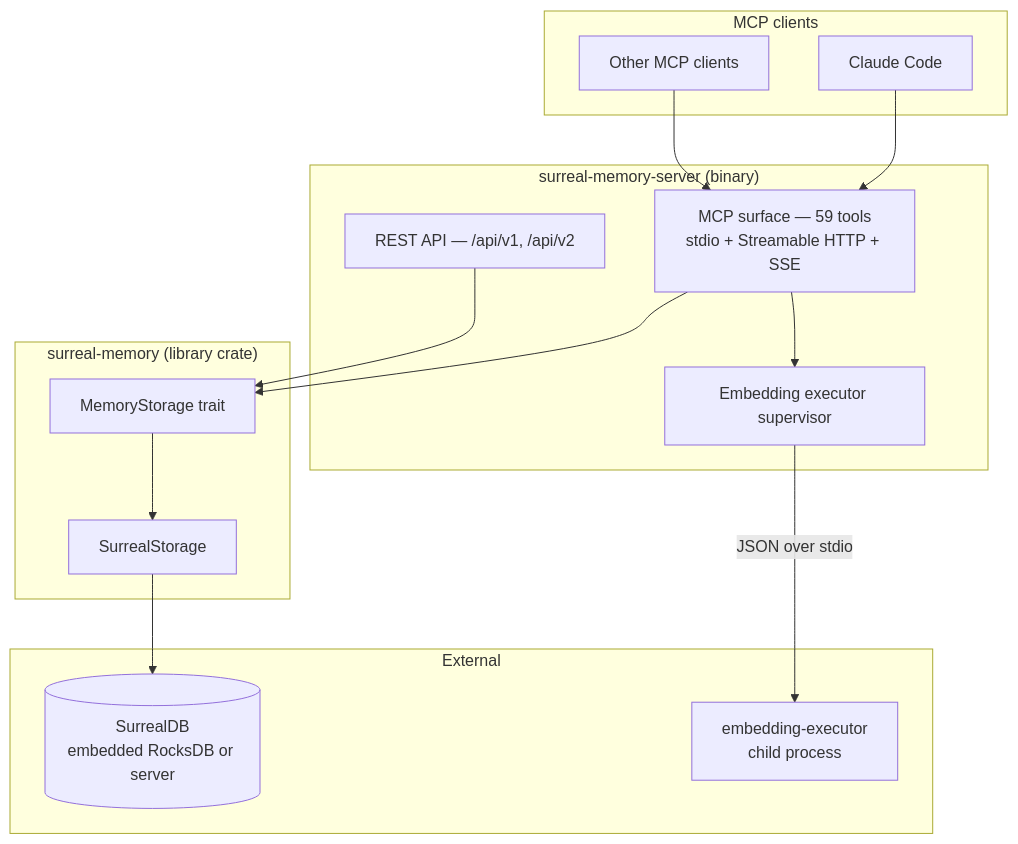
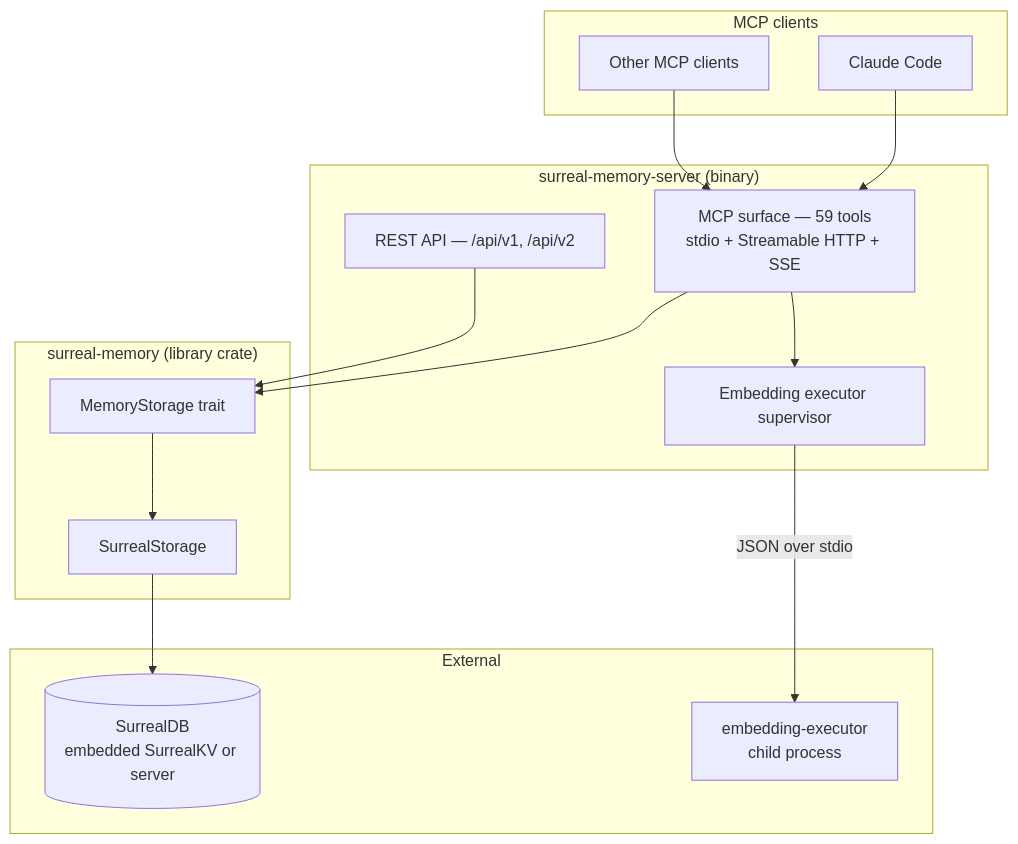
The diagram in website/docs/architecture/overview.md (Prometheus-AGS/surreal-memory-server), drawn with Mermaid before and after one commit. The commit also changed other lines of this file and 848 other files, not shown here.

````diff
--- a/website/docs/architecture/overview.md
+++ b/website/docs/architecture/overview.md
@@ -11,32 +11,32 @@
 ```mermaid
 flowchart TB
   subgraph clients["MCP clients"]
     CC["Claude Code"]
     OTHER["Other MCP clients"]
   end
 
   subgraph binary["surreal-memory-server (binary)"]
     MCP["MCP surface — 59 tools<br/>stdio + Streamable HTTP + SSE"]
     REST["REST API — /api/v1, /api/v2"]
     EXEC["Embedding executor supervisor"]
   end
 
   subgraph lib["surreal-memory (library crate)"]
     TRAIT["MemoryStorage trait"]
     IMPL["SurrealStorage"]
   end
 
   subgraph ext["External"]
-    DB[("SurrealDB<br/>embedded RocksDB or server")]
+    DB[("SurrealDB<br/>embedded SurrealKV or server")]
     CHILD["embedding-executor<br/>child process"]
   end
 
   CC --> MCP
   OTHER --> MCP
   MCP --> TRAIT
   REST --> TRAIT
   TRAIT --> IMPL
   IMPL --> DB
   EXEC -->|JSON over stdio| CHILD
   MCP --> EXEC
 ```
````
